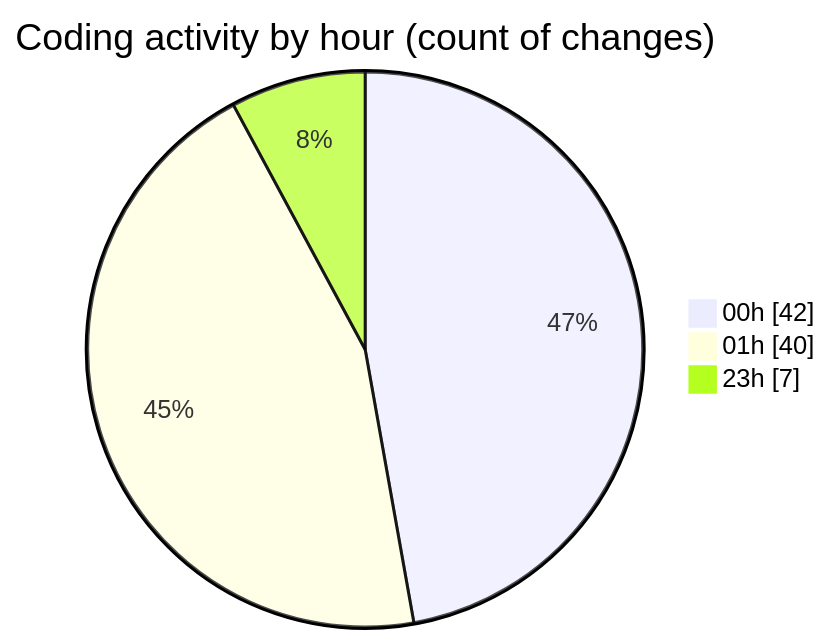
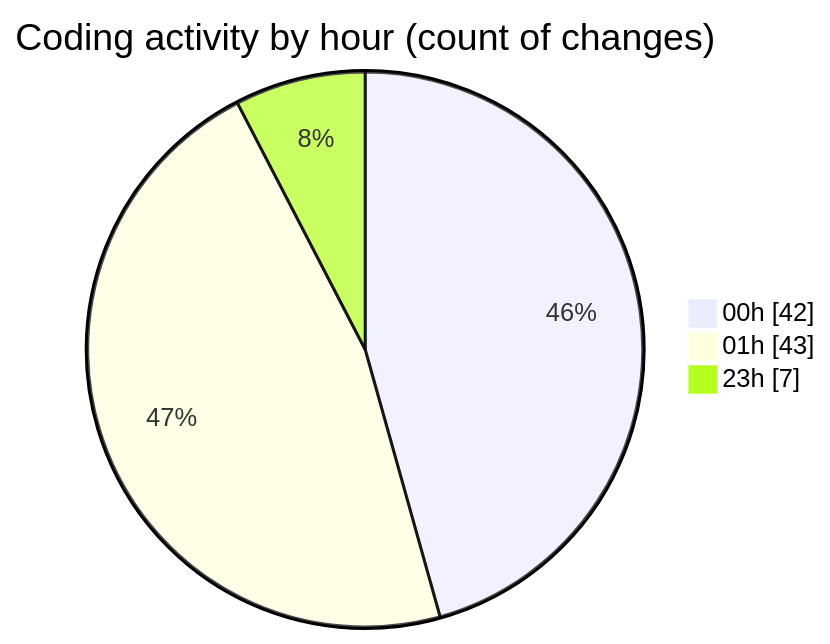
Before and after one commit to lephambinh05/code-tracking: the second of 2 diagrams in 2025-08-12/rentotp/README.md, drawn with Mermaid. The commit also changed other lines of this file and 1 other file, not shown here.

````diff
--- a/2025-08-12/rentotp/README.md
+++ b/2025-08-12/rentotp/README.md
@@ -41,7 +41,7 @@
 ```mermaid
 pie showData
 title Coding activity by hour (count of changes)
 "00h" : 42
-"01h" : 40
+"01h" : 43
 "23h" : 7
 ```
````
